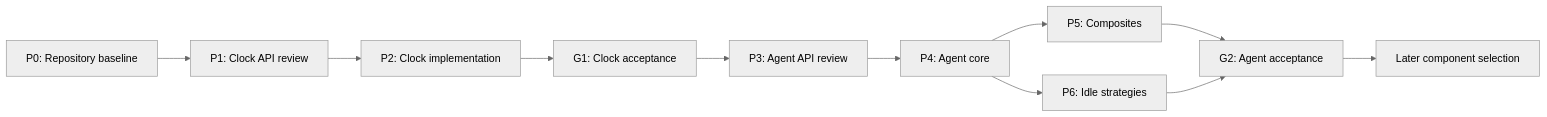
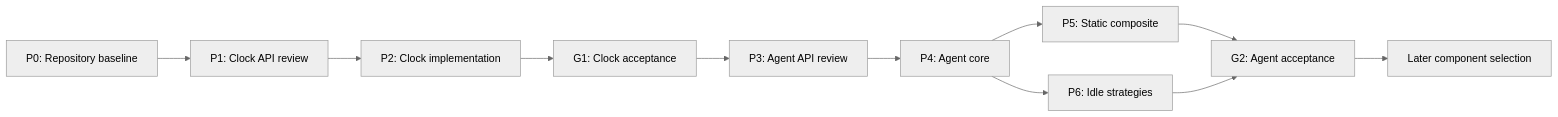
The first of 2 diagrams in docs/PORTING_PLAN.md (DarrylGamroth/agrona-rs), drawn with Mermaid (neutral theme) before and after one commit. The commit also changed other lines of this file and 63 other files, not shown here.

````diff
--- a/docs/PORTING_PLAN.md
+++ b/docs/PORTING_PLAN.md
@@ -105,24 +107,24 @@
 ```mermaid
 flowchart LR
     P0["P0: Repository baseline"]
     P1["P1: Clock API review"]
     P2["P2: Clock implementation"]
     G1["G1: Clock acceptance"]
     P3["P3: Agent API review"]
     P4["P4: Agent core"]
-    P5["P5: Composites"]
+    P5["P5: Static composite"]
     P6["P6: Idle strategies"]
     G2["G2: Agent acceptance"]
     Later["Later component selection"]
 
     P0 --> P1
     P1 --> P2
     P2 --> G1
     G1 --> P3
     P3 --> P4
     P4 --> P5
     P4 --> P6
     P5 --> G2
     P6 --> G2
     G2 --> Later
 ```
````
